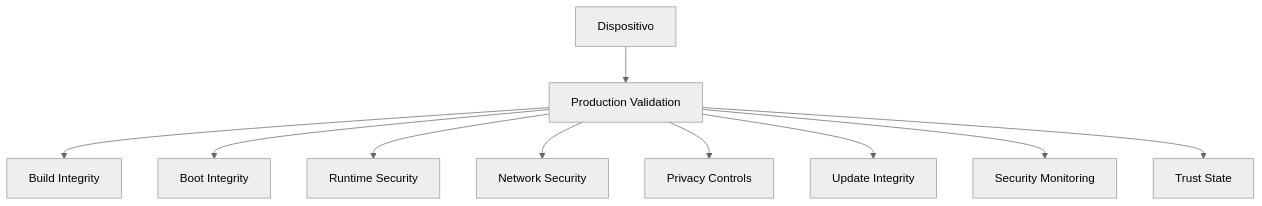
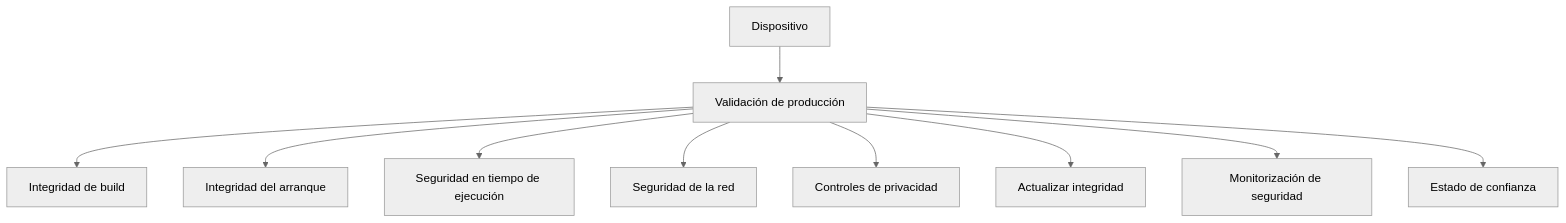
One commit to enigm-llc/docs changed the diagram in es/os/production-gates.mdx. Above: the diagram before and after it, drawn with Mermaid (neutral theme). The commit also changed other lines of this file and 43 other files, not shown here.

````diff
--- a/es/os/production-gates.mdx
+++ b/es/os/production-gates.mdx
@@ -54,23 +28,23 @@
 ```mermaid
 flowchart TD
   Device["Dispositivo"]
-  Validation["Production Validation"]
-  Build["Build Integrity"]
-  Boot["Boot Integrity"]
-  Runtime["Runtime Security"]
-  Network["Network Security"]
-  Privacy["Privacy Controls"]
-  Update["Update Integrity"]
-  Monitoring["Security Monitoring"]
-  Trust["Trust State"]
+  Validation["Validación de producción"]
+  Build["Integridad de build"]
+  Boot["Integridad del arranque"]
+  Runtime["Seguridad en tiempo de ejecución"]
+  Network["Seguridad de la red"]
+  Privacy["Controles de privacidad"]
+  Update["Actualizar integridad"]
+  Monitoring["Monitorización de seguridad"]
+  Trust["Estado de confianza"]
 
   Device --> Validation
   Validation --> Build
   Validation --> Boot
   Validation --> Runtime
   Validation --> Network
   Validation --> Privacy
   Validation --> Update
   Validation --> Monitoring
   Validation --> Trust
 ```
````
